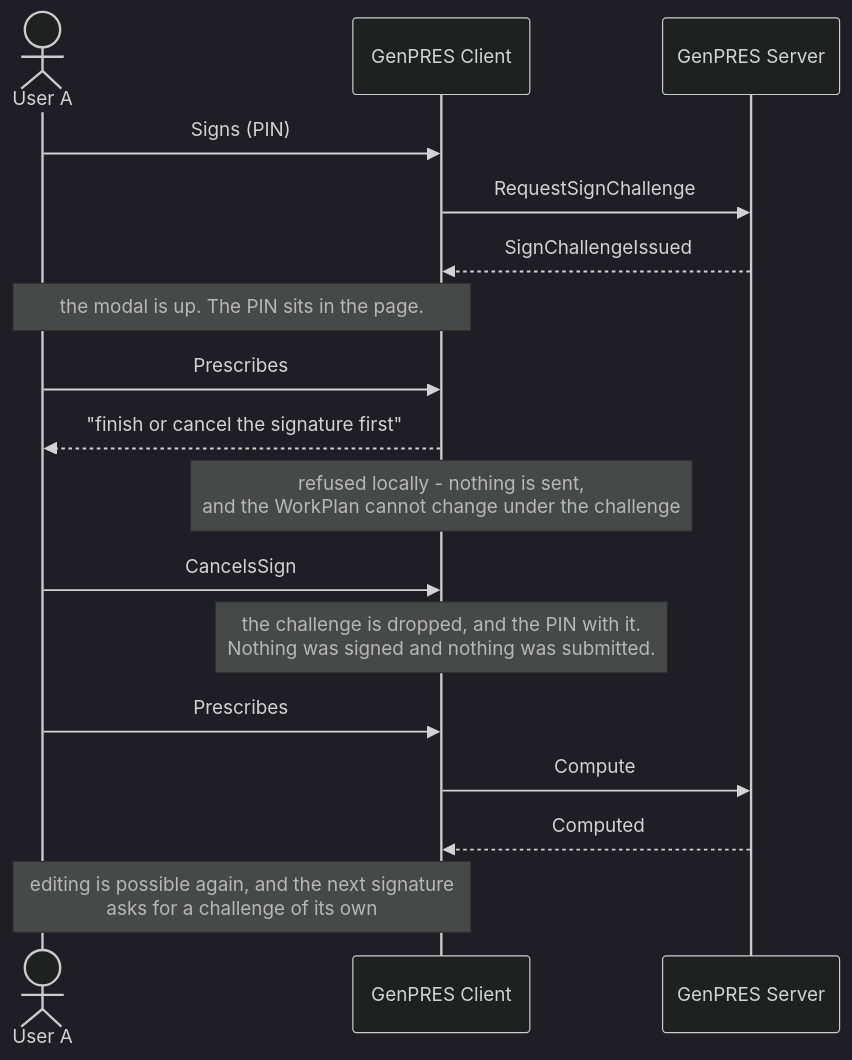
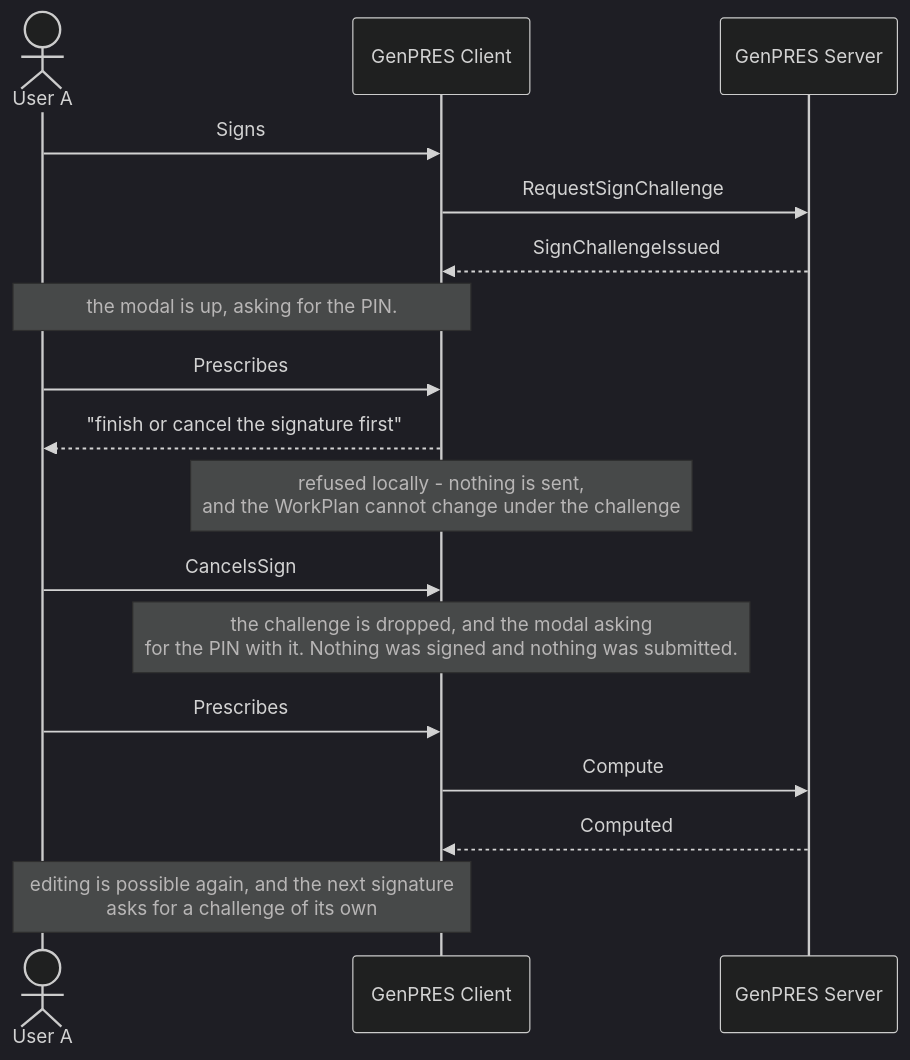
Before and after one commit to informedica/GenPRES: the second of 2 diagrams in docs/scenarios/integration/uc-03-prescribe-and-sign.md, drawn with Mermaid (dark theme). The commit also changed other lines of this file and 11 other files, not shown here.

Commit message:
chore: clean up old docs and add integration doc, fix number of sequence diagrams

````diff
--- a/docs/scenarios/integration/uc-03-prescribe-and-sign.md
+++ b/docs/scenarios/integration/uc-03-prescribe-and-sign.md
@@ -98,23 +98,23 @@
 ```mermaid
 sequenceDiagram
     actor U as User A
     participant C as GenPRES Client
     participant S as GenPRES Server
 
-    U->>C: Signs (PIN)
+    U->>C: Signs
     C->>S: RequestSignChallenge
     S-->>C: SignChallengeIssued
-    Note over U,C: the modal is up. The PIN sits in the page.
+    Note over U,C: the modal is up, asking for the PIN.
 
     U->>C: Prescribes
     C-->>U: "finish or cancel the signature first"
     Note over C: refused locally - nothing is sent,<br/>and the WorkPlan cannot change under the challenge
 
     U->>C: CancelsSign
-    Note over C: the challenge is dropped, and the PIN with it.<br/>Nothing was signed and nothing was submitted.
+    Note over C: the challenge is dropped, and the modal asking<br/>for the PIN with it. Nothing was signed and nothing was submitted.
 
     U->>C: Prescribes
     C->>S: Compute
     S-->>C: Computed
     Note over U,C: editing is possible again, and the next signature<br/>asks for a challenge of its own
 ```
````
